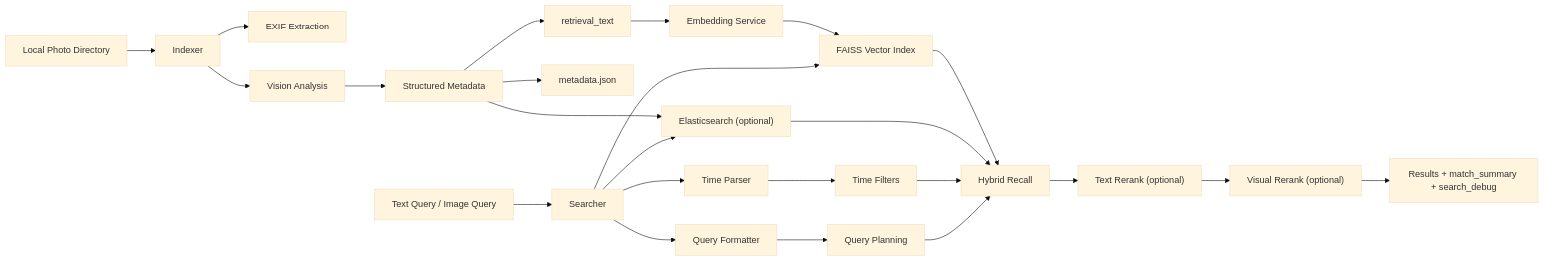
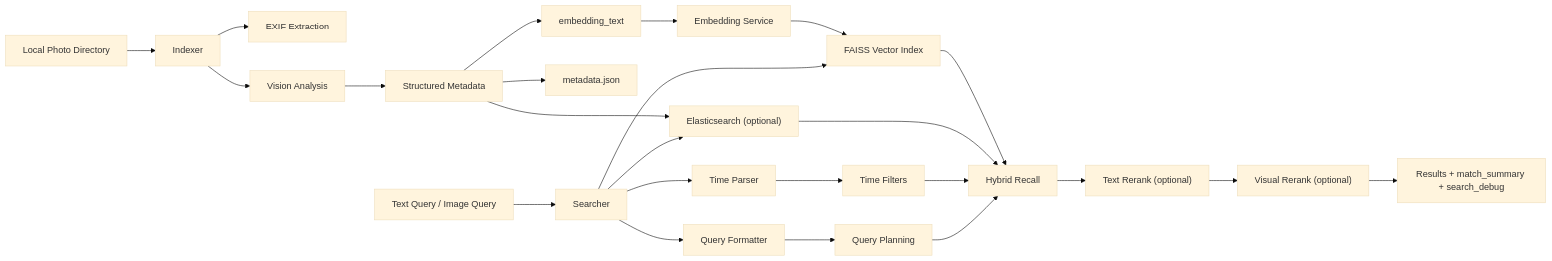
One commit to shizhenneko/Photo_Search_Engine changed the diagram in README.md. Above: the diagram before and after it, drawn with Mermaid (base theme). The commit also changed other lines of this file and 27 other files, not shown here.

````diff
--- a/README.md
+++ b/README.md
@@ -81,27 +81,27 @@
 ```mermaid
 flowchart LR
     A["Local Photo Directory"] --> B["Indexer"]
     B --> C["EXIF Extraction"]
     B --> D["Vision Analysis"]
     D --> E["Structured Metadata"]
-    E --> F["retrieval_text"]
+    E --> F["embedding_text"]
     F --> G["Embedding Service"]
     G --> H["FAISS Vector Index"]
     E --> I["metadata.json"]
     E --> J["Elasticsearch (optional)"]
 
     K["Text Query / Image Query"] --> L["Searcher"]
     L --> M["Time Parser"]
     L --> N["Query Formatter"]
     L --> H
     L --> J
     M --> O["Time Filters"]
     N --> P["Query Planning"]
     H --> Q["Hybrid Recall"]
     J --> Q
     O --> Q
     P --> Q
     Q --> R["Text Rerank (optional)"]
     R --> S["Visual Rerank (optional)"]
     S --> T["Results + match_summary + search_debug"]
 ```
````
